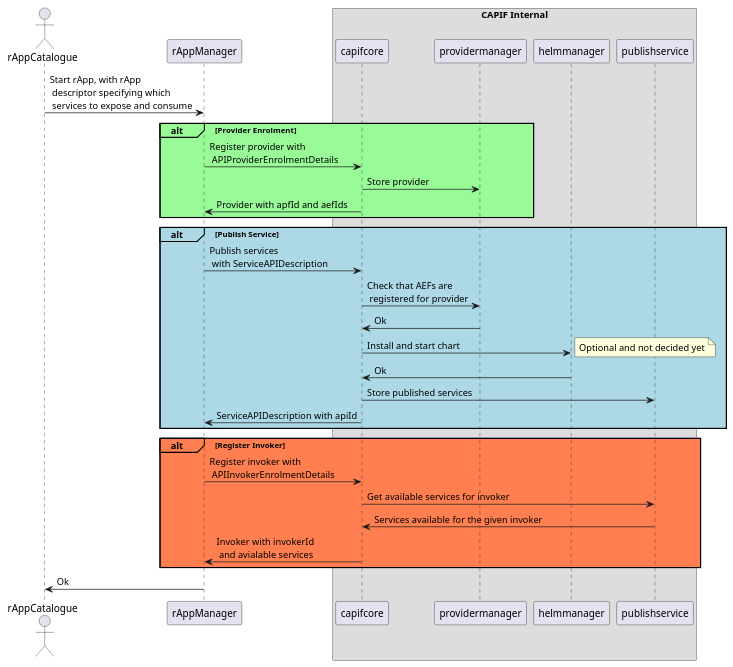
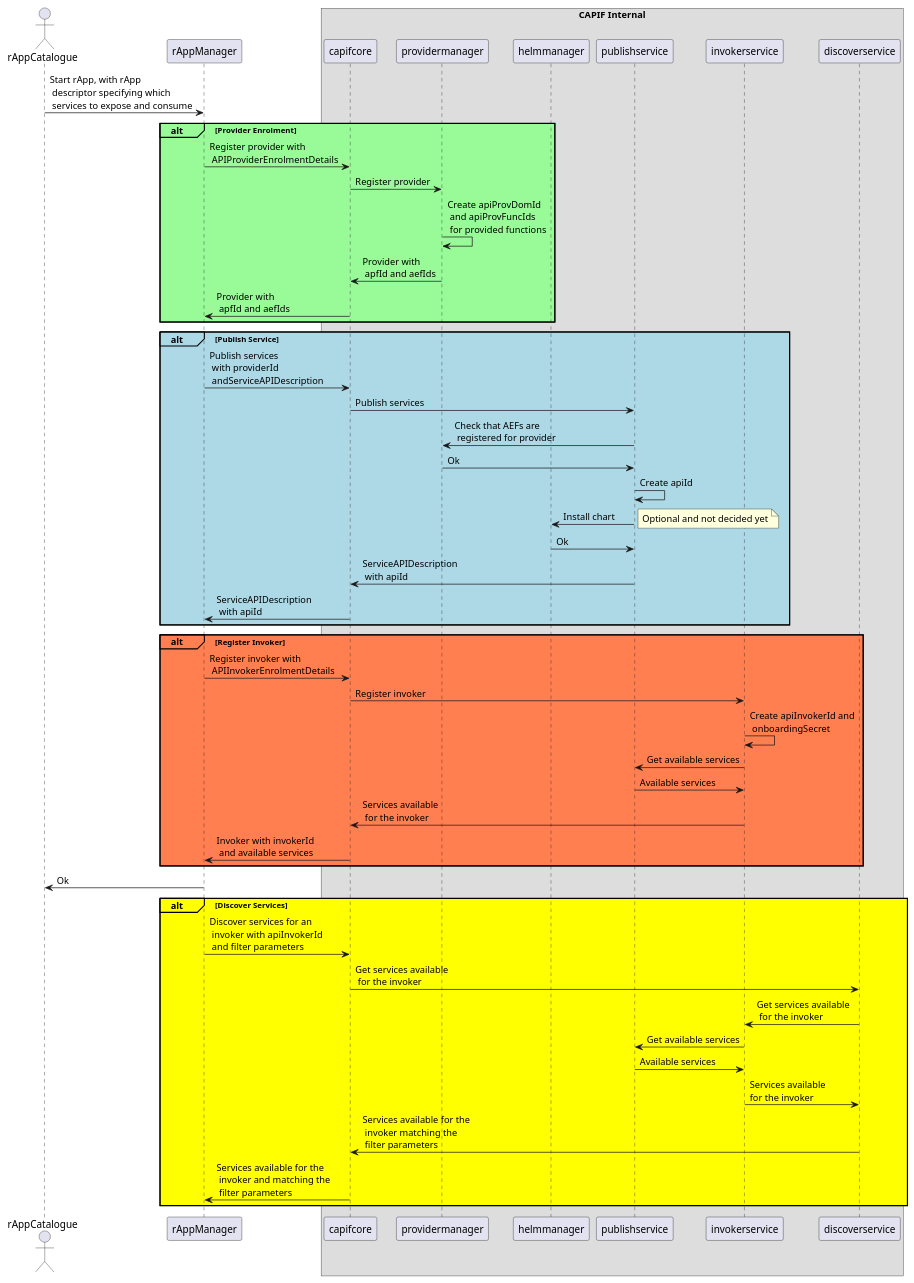
Before and after one commit to o-ran-sc/nonrtric-plt-sme: the diagram in capifcore/docs/diagrams/registerpoviderandpublishservice.plantuml, drawn with PlantUML. The commit also changed 4 other files, not shown here.

```diff
--- a/capifcore/docs/diagrams/registerpoviderandpublishservice.plantuml
+++ b/capifcore/docs/diagrams/registerpoviderandpublishservice.plantuml
@@ -1,35 +1,54 @@
 @startuml Register Provider
 actor rAppCatalogue
 participant rAppManager
 box "CAPIF Internal"
 participant capifcore
 participant providermanager
 participant helmmanager
 participant publishservice
+participant invokerservice
+participant discoverservice
 end box
 
 rAppCatalogue->rAppManager: Start rApp, with rApp\n descriptor specifying which\n services to expose and consume
 alt#paleGreen #paleGreen Provider Enrolment
     rAppManager->capifcore: Register provider with\n APIProviderEnrolmentDetails
-    capifcore->providermanager:Store provider
-    capifcore->rAppManager: Provider with apfId and aefIds
+    capifcore->providermanager:Register provider
+    providermanager->providermanager: Create apiProvDomId\n and apiProvFuncIds\n for provided functions
+    providermanager->capifcore: Provider with\n apfId and aefIds
+    capifcore->rAppManager: Provider with\n apfId and aefIds
 end
 alt#LightBlue #LightBlue Publish Service
-    rAppManager->capifcore: Publish services\n with ServiceAPIDescription
-    capifcore->providermanager: Check that AEFs are\n registered for provider
-    providermanager->capifcore: Ok
-    capifcore->helmmanager: Install and start chart
+    rAppManager->capifcore: Publish services\n with providerId\n andServiceAPIDescription
+    capifcore->publishservice: Publish services
+    publishservice->providermanager: Check that AEFs are\n registered for provider
+    providermanager->publishservice: Ok
+    publishservice->publishservice: Create apiId
+    publishservice->helmmanager: Install chart
     note right: Optional and not decided yet
-    helmmanager->capifcore: Ok
-    capifcore->publishservice: Store published services
-    capifcore->rAppManager: ServiceAPIDescription with apiId
+    helmmanager->publishservice: Ok
+    publishservice->capifcore: ServiceAPIDescription\n with apiId
+    capifcore->rAppManager: ServiceAPIDescription\n with apiId
 end
 alt#coral #coral Register Invoker
     rAppManager->capifcore: Register invoker with\n APIInvokerEnrolmentDetails
-    capifcore->publishservice:Get available services for invoker
-    publishservice->capifcore: Services available for the given invoker
-    capifcore->rAppManager: Invoker with invokerId\n and avialable services
+    capifcore->invokerservice: Register invoker
+    invokerservice->invokerservice: Create apiInvokerId and\n onboardingSecret
+    invokerservice->publishservice: Get available services
+    publishservice->invokerservice: Available services
+    invokerservice->capifcore: Services available\n for the invoker
+    capifcore->rAppManager: Invoker with invokerId\n and available services
 end
 rAppManager->rAppCatalogue: Ok
 
+alt#Yellow #Yellow Discover Services
+    rAppManager->capifcore: Discover services for an\n invoker with apiInvokerId\n and filter parameters
+    capifcore->discoverservice: Get services available\n for the invoker
+    discoverservice->invokerservice: Get services available\n for the invoker
+    invokerservice->publishservice: Get available services
+    publishservice->invokerservice: Available services
+    invokerservice->discoverservice: Services available \nfor the invoker
+    discoverservice->capifcore: Services available for the\n invoker matching the\n filter parameters
+    capifcore->rAppManager: Services available for the\n invoker and matching the\n filter parameters
+end
 @enduml
```
